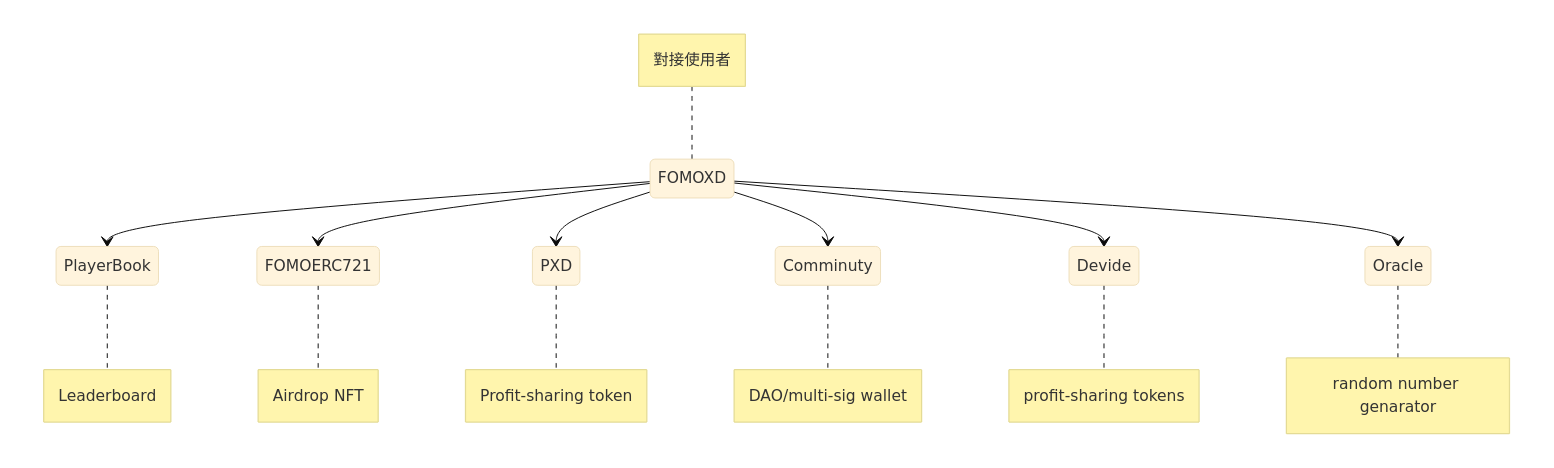
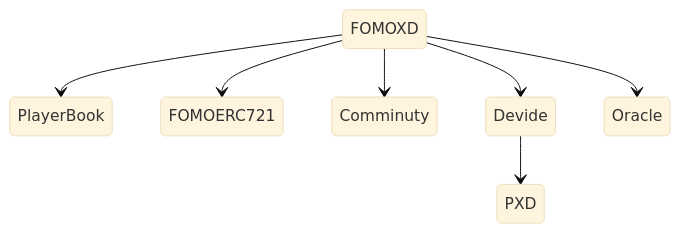
Before and after one commit to 0x171-0/FoMoXD: the third of 4 diagrams in README.md, drawn with Mermaid (base theme). The commit also changed other lines of this file and 6 other files, not shown here.

````diff
--- a/README.md
+++ b/README.md
@@ -87,30 +92,10 @@
 ```mermaid
     stateDiagram-v2
       FOMOXD --> PlayerBook
-      note left of FOMOXD
-          對接使用者
-        end note
-        note right of PlayerBook
-          Leaderboard
-        end note
       FOMOXD --> FOMOERC721
-        note right of FOMOERC721
-          Airdrop NFT
-        end note
-      FOMOXD --> PXD
-        note right of PXD
-          Profit-sharing token
-        end note
       FOMOXD --> Comminuty
-        note right of Comminuty
-          DAO/multi-sig wallet
-        end note
       FOMOXD --> Devide
-        note right of Devide
-          profit-sharing tokens
-        end note
+      Devide --> PXD
       FOMOXD --> Oracle
-        note right of Oracle
-          random number genarator
-        end note
+
 ```
````
